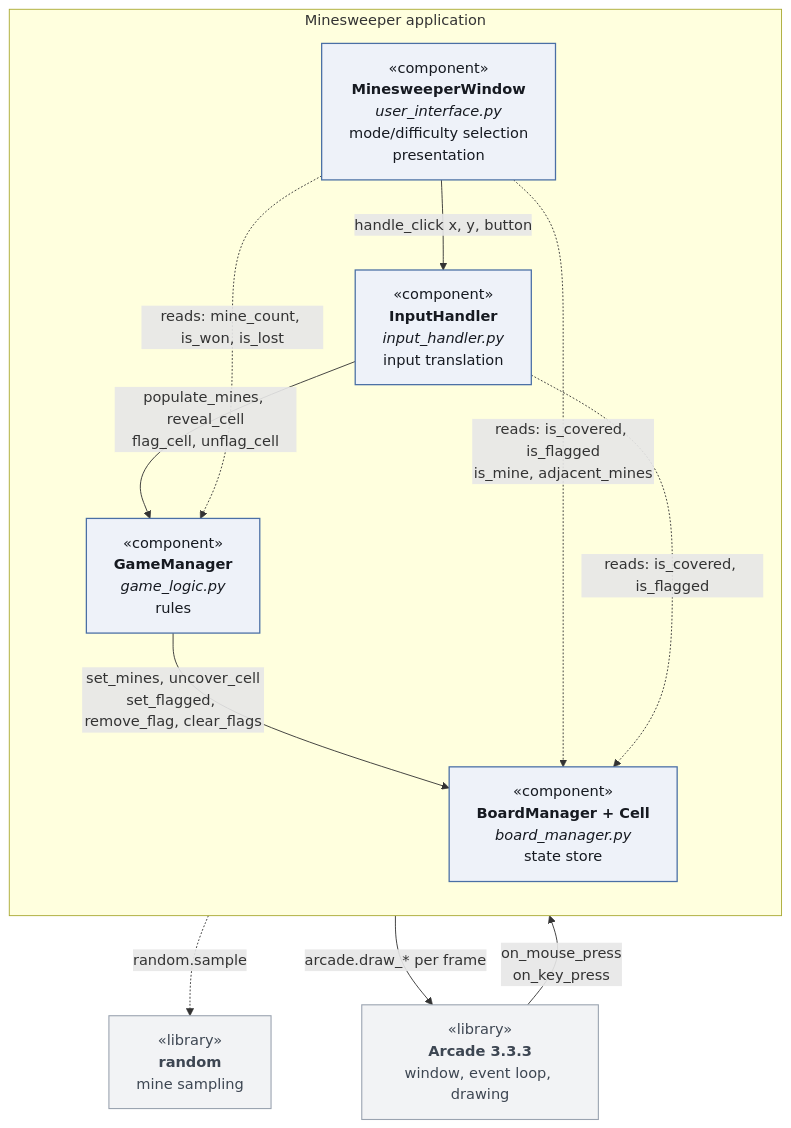
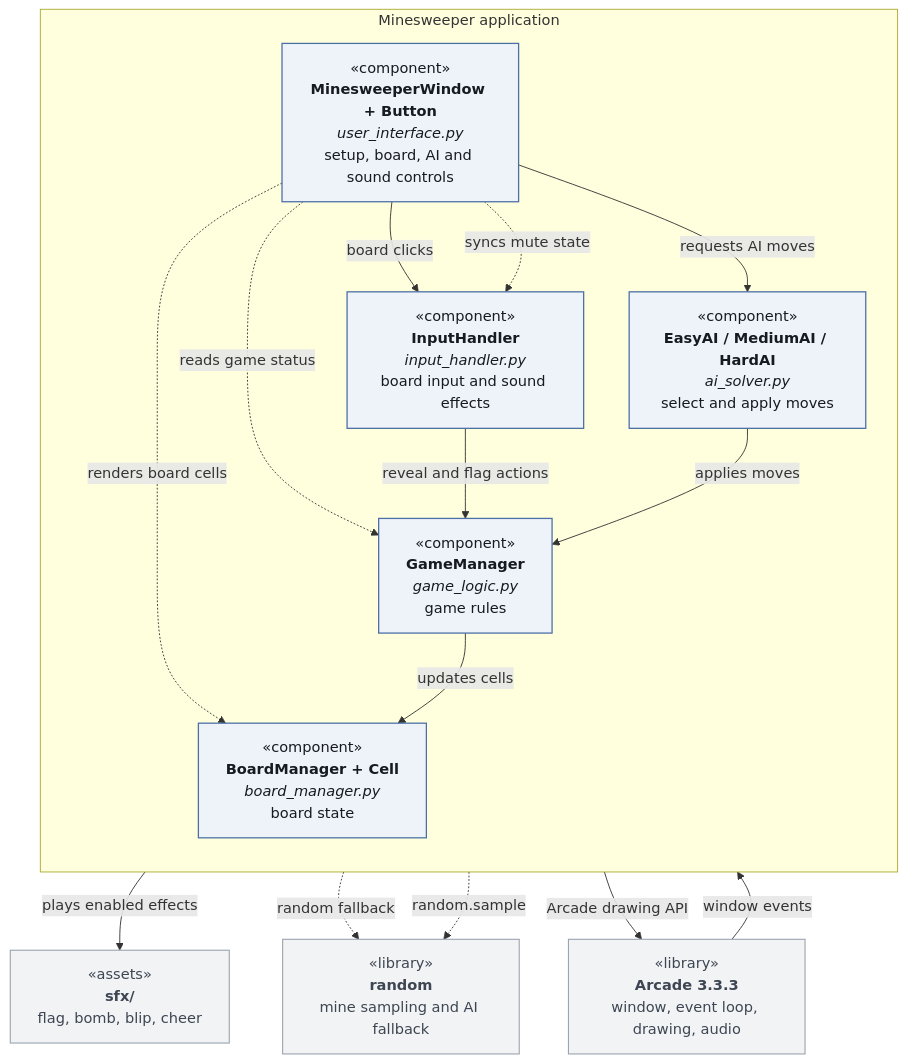
Before and after one commit to flec1115/EECS-581-MineSweeper: the first of 3 diagrams in README.md, drawn with Mermaid. The commit also changed other lines of this file and 7 other files, not shown here.

````diff
--- a/README.md
+++ b/README.md
@@ -96,29 +106,35 @@
 ```mermaid
 flowchart TB
-    ARC["«library»<br/><b>Arcade 3.3.3</b><br/>window, event loop, drawing"]
+    ARC["«library»<br/><b>Arcade 3.3.3</b><br/>window, event loop, drawing, audio"]
 
     subgraph APP[" Minesweeper application "]
       direction TB
-      UI["«component»<br/><b>MinesweeperWindow</b><br/><i>user_interface.py</i><br/>mode/difficulty selection<br/>presentation"]
-      IH["«component»<br/><b>InputHandler</b><br/><i>input_handler.py</i><br/>input translation"]
-      GL["«component»<br/><b>GameManager</b><br/><i>game_logic.py</i><br/>rules"]
-      BM["«component»<br/><b>BoardManager + Cell</b><br/><i>board_manager.py</i><br/>state store"]
+      UI["«component»<br/><b>MinesweeperWindow + Button</b><br/><i>user_interface.py</i><br/>setup, board, AI and sound controls"]
+      IH["«component»<br/><b>InputHandler</b><br/><i>input_handler.py</i><br/>board input and sound effects"]
+      AI["«component»<br/><b>EasyAI / MediumAI / HardAI</b><br/><i>ai_solver.py</i><br/>select and apply moves"]
+      GL["«component»<br/><b>GameManager</b><br/><i>game_logic.py</i><br/>game rules"]
+      BM["«component»<br/><b>BoardManager + Cell</b><br/><i>board_manager.py</i><br/>board state"]
     end
 
-    RND["«library»<br/><b>random</b><br/>mine sampling"]
+    RND["«library»<br/><b>random</b><br/>mine sampling and AI fallback"]
+    SFX["«assets»<br/><b>sfx/</b><br/>flag, bomb, blip, cheer"]
 
-    ARC -->|"on_mouse_press<br/>on_key_press"| UI
-    UI -->|"handle_click x, y, button"| IH
-    IH -->|"populate_mines, reveal_cell<br/>flag_cell, unflag_cell"| GL
-    GL -->|"set_mines, uncover_cell<br/>set_flagged, remove_flag, clear_flags"| BM
+    ARC -->|"window events"| UI
+    UI -->|"board clicks"| IH
+    UI -->|"requests AI moves"| AI
+    UI -.->|"reads game status"| GL
+    UI -.->|"renders board cells"| BM
+    IH -->|"reveal and flag actions"| GL
+    IH -->|"plays enabled effects"| SFX
+    AI -->|"applies moves"| GL
+    AI -.->|"random fallback"| RND
+    GL -->|"updates cells"| BM
     GL -.->|"random.sample"| RND
-    UI -.->|"reads: is_covered, is_flagged<br/>is_mine, adjacent_mines"| BM
-    IH -.->|"reads: is_covered, is_flagged"| BM
-    UI -.->|"reads: mine_count, is_won, is_lost"| GL
-    UI -->|"arcade.draw_* per frame"| ARC
+    UI -->|"Arcade drawing API"| ARC
+    UI -.->|"syncs mute state"| IH
 
     classDef comp fill:#eef2f9,stroke:#4a6fa5,stroke-width:1.4px,color:#161a21
     classDef lib fill:#f2f3f5,stroke:#9aa3b0,stroke-width:1.2px,color:#3d4652
-    class UI,IH,GL,BM comp
-    class ARC,RND lib
+    class UI,IH,AI,GL,BM comp
+    class ARC,RND,SFX lib
 ```
````
